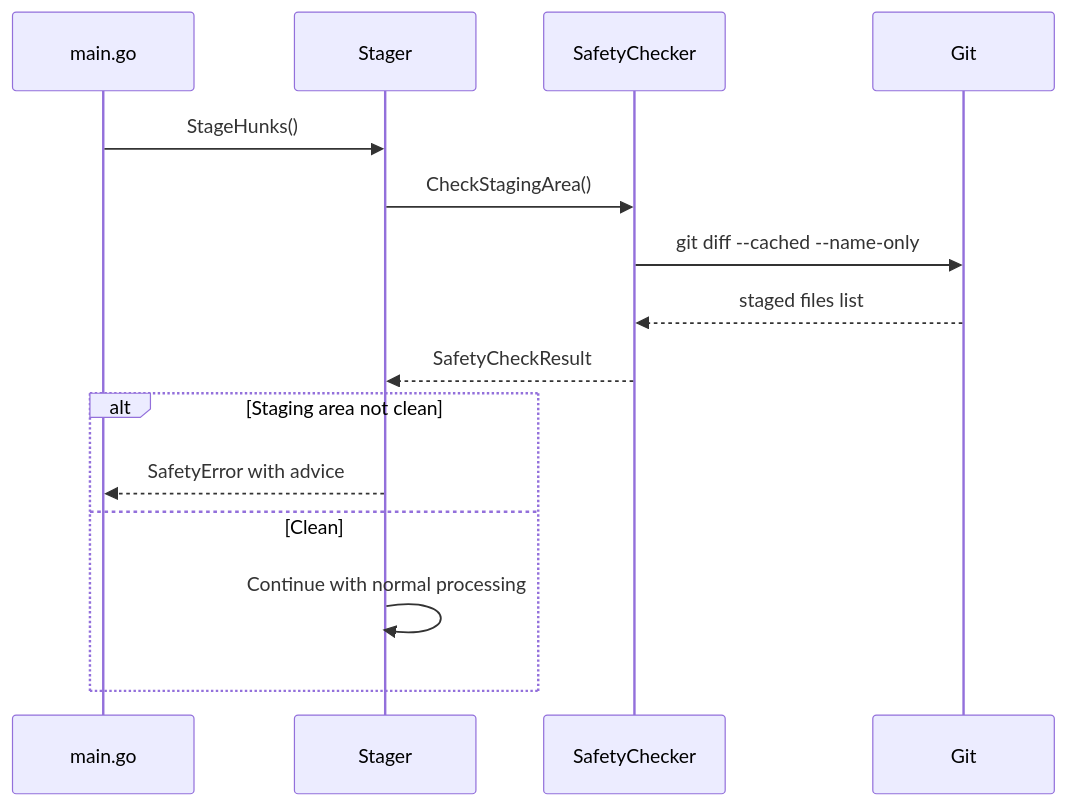
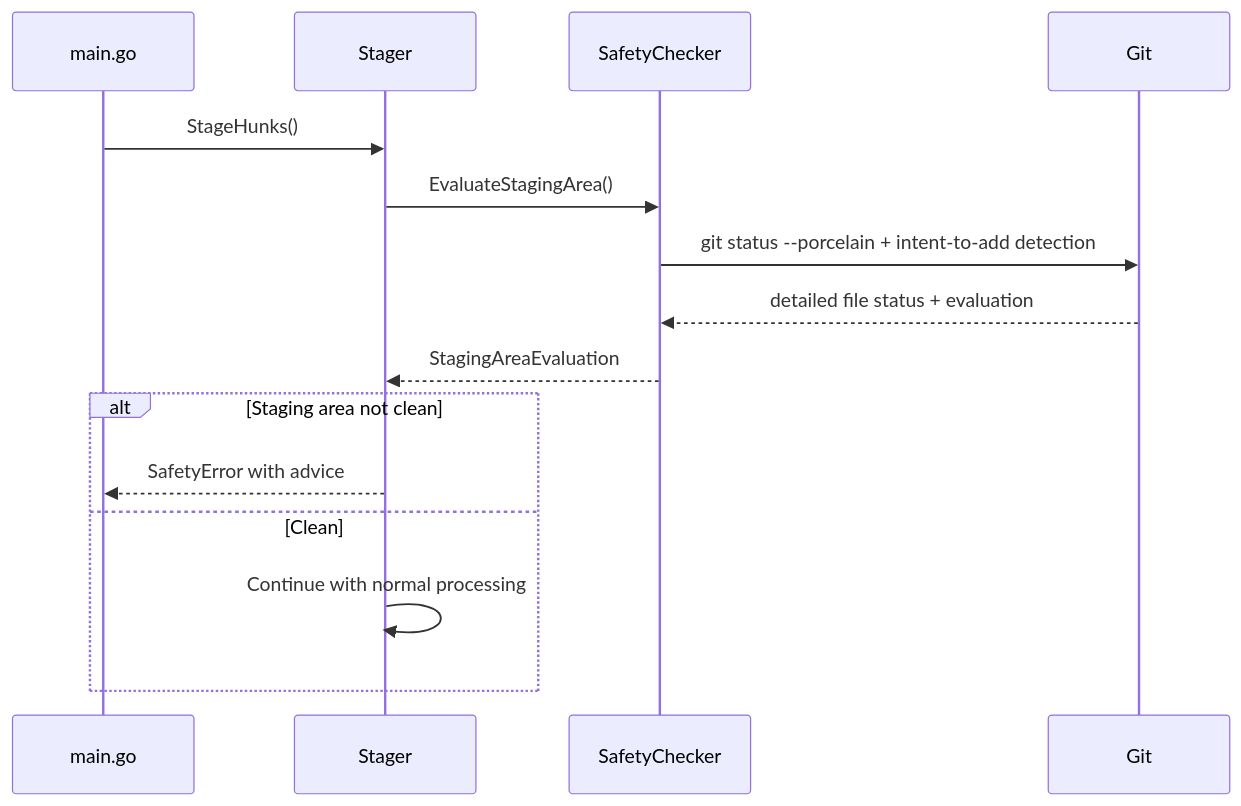
The second of 3 diagrams in .kiro/specs/safety_improvements/design.md (syou6162/git-sequential-stage), drawn with Mermaid before and after one commit. The commit also changed other lines of this file, not shown here.

First line of the commit message:
refactor: SafetyCheckResultをStagingAreaEvaluationにリネーム

````diff
--- a/.kiro/specs/safety_improvements/design.md
+++ b/.kiro/specs/safety_improvements/design.md
@@ -384,18 +393,18 @@
 ```mermaid
 sequenceDiagram
     participant M as main.go
     participant S as Stager
     participant SC as SafetyChecker
     participant G as Git
     
     M->>S: StageHunks()
-    S->>SC: CheckStagingArea()
-    SC->>G: git diff --cached --name-only
-    G-->>SC: staged files list
-    SC-->>S: SafetyCheckResult
+    S->>SC: EvaluateStagingArea()
+    SC->>G: git status --porcelain + intent-to-add detection
+    G-->>SC: detailed file status + evaluation
+    SC-->>S: StagingAreaEvaluation
     alt Staging area not clean
         S-->>M: SafetyError with advice
     else Clean
         S->>S: Continue with normal processing
     end
 ```
````
